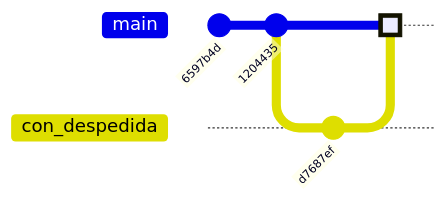
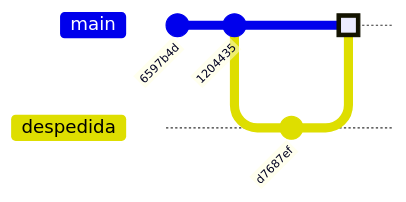
Before and after one commit to ramespada/sintaxis: the fifth of 5 diagrams in _clases/git.md, drawn with Mermaid. The commit also changed other lines of this file and 1 other file, not shown here.

Commit message:
mas de git

````diff
--- a/_clases/git.md
+++ b/_clases/git.md
@@ -223,9 +204,9 @@
 ```mermaid
-    gitGraph
-    commit id: "6597b4d"
-    commit id: "1204435"
-    branch con_despedida
-    commit id: "d7687ef"
-    checkout main
-    merge con_despedida type: HIGHLIGHT
+   gitGraph
+   commit id: "6597b4d"
+   commit id: "1204435"
+   branch despedida
+   commit id: "d7687ef"
+   checkout main
+   merge despedida type: HIGHLIGHT
 ```
````
